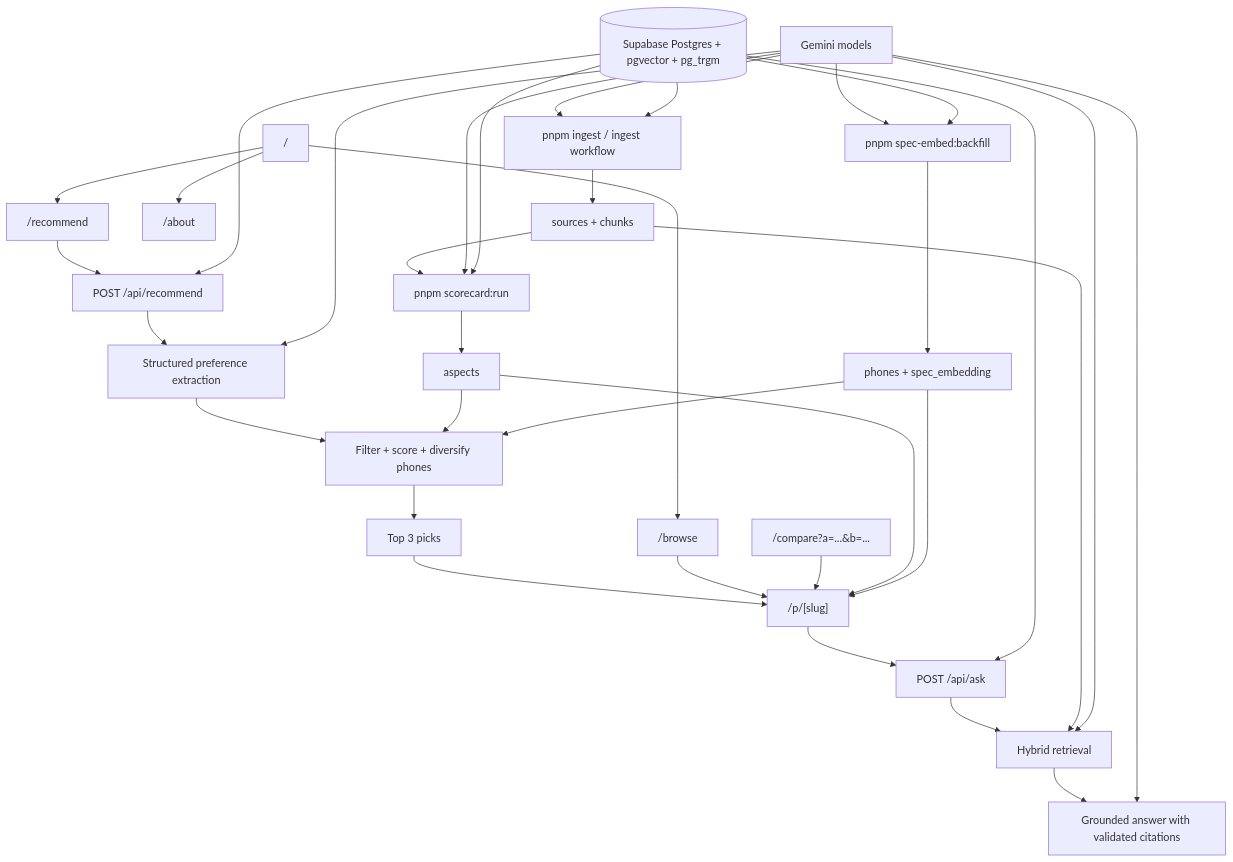
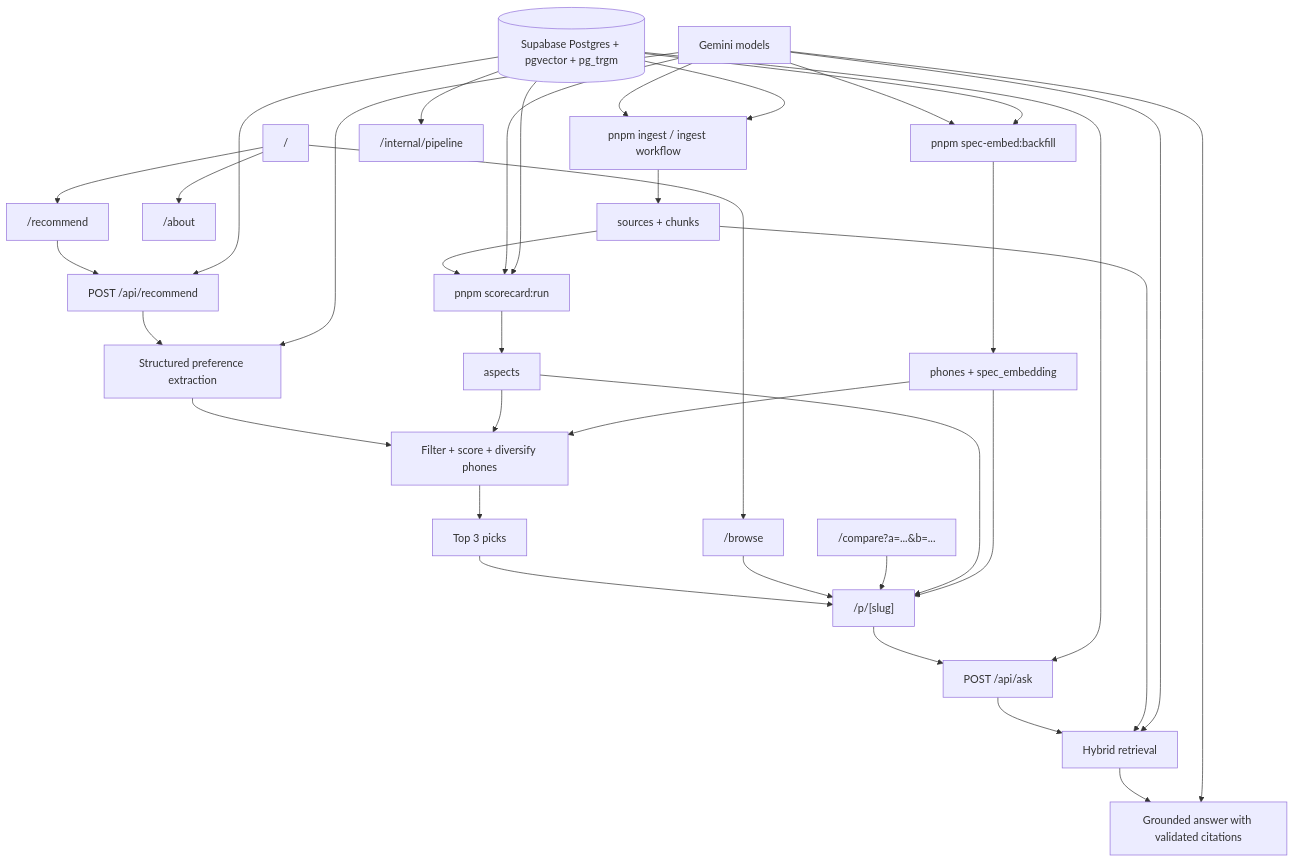
One commit to rohang1411/RECSY changed the first of 5 diagrams in docs/RECSY_V2_PROJECT_GUIDE.md. Above: the diagram before and after it, drawn with Mermaid. The commit also changed other lines of this file and 1 other file, not shown here.

````diff
--- a/docs/RECSY_V2_PROJECT_GUIDE.md
+++ b/docs/RECSY_V2_PROJECT_GUIDE.md
@@ -219,43 +226,44 @@
 ```mermaid
 flowchart TD
   Home["/"] --> Recommend["/recommend"]
   Home --> Browse["/browse"]
   Home --> About["/about"]
 
   Recommend --> APIRecommend["POST /api/recommend"]
   APIRecommend --> Extract["Structured preference extraction"]
   Extract --> Rank["Filter + score + diversify phones"]
   Rank --> Picks["Top 3 picks"]
 
   Picks --> Phone["/p/[slug]"]
   Browse --> Phone
   Compare["/compare?a=...&b=..."] --> Phone
 
   Phone --> APIAsk["POST /api/ask"]
   APIAsk --> Hybrid["Hybrid retrieval"]
   Hybrid --> Answer["Grounded answer with validated citations"]
 
   Ingest["pnpm ingest / ingest workflow"] --> Sources["sources + chunks"]
   Scorecard["pnpm scorecard:run"] --> Aspects["aspects"]
   SpecEmbed["pnpm spec-embed:backfill"] --> Phones["phones + spec_embedding"]
 
   Sources --> Hybrid
   Sources --> Scorecard
   Aspects --> Rank
   Aspects --> Phone
   Phones --> Rank
   Phones --> Phone
 
   Gemini["Gemini models"] --> Extract
   Gemini --> Answer
   Gemini --> Hybrid
   Gemini --> Scorecard
   Gemini --> Ingest
   Gemini --> SpecEmbed
 
   DB[("Supabase Postgres + pgvector + pg_trgm")] --> APIRecommend
   DB --> APIAsk
   DB --> Scorecard
   DB --> Ingest
   DB --> SpecEmbed
+  DB --> PipelineDash["/internal/pipeline"]
 ```
````
